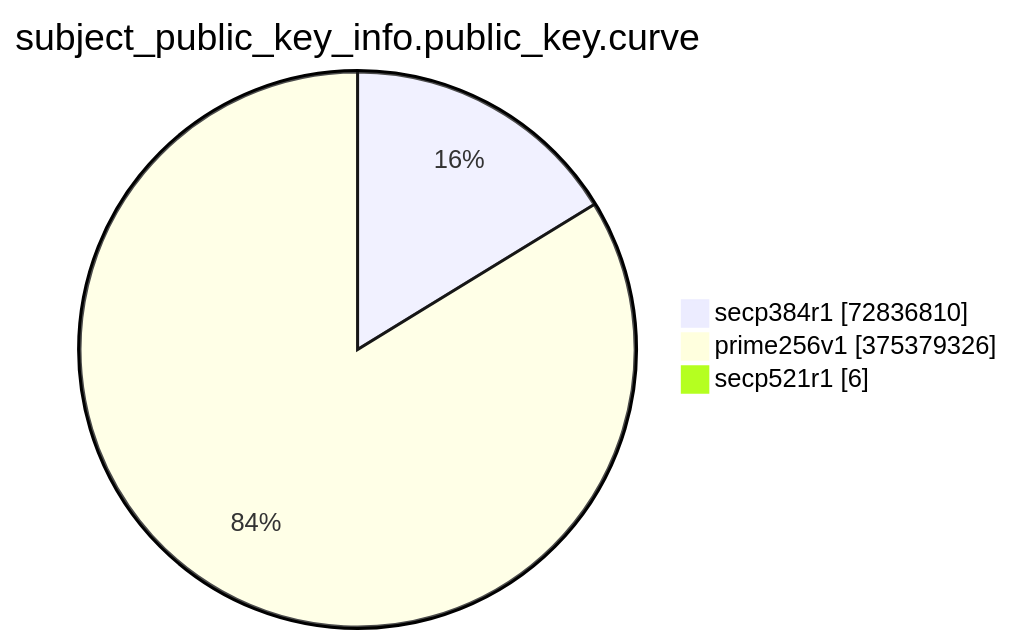
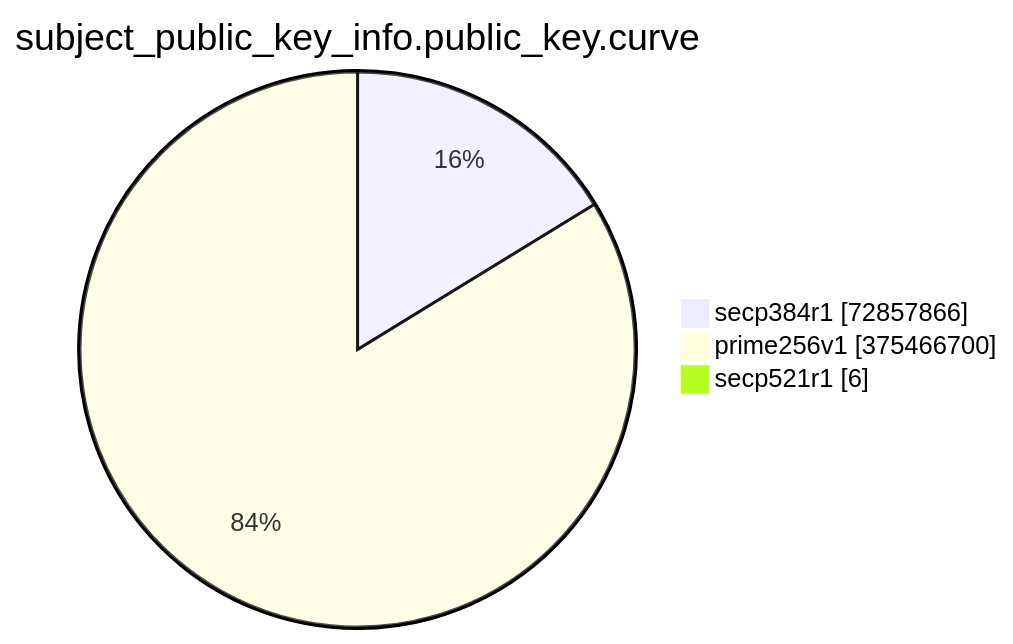
Before and after one commit to christiankrug/ctmonitor_visualization: the eighth of 15 diagrams in TOTAL/README.md, drawn with Mermaid. The commit also changed other lines of this file, not shown here.

````diff
--- a/TOTAL/README.md
+++ b/TOTAL/README.md
@@ -3094,7 +3094,7 @@
 ```mermaid
 pie showData
 title subject_public_key_info.public_key.curve
-"secp384r1" :72836810
-"prime256v1" :375379326
+"secp384r1" :72857866
+"prime256v1" :375466700
 "secp521r1" :6
 ```
````
